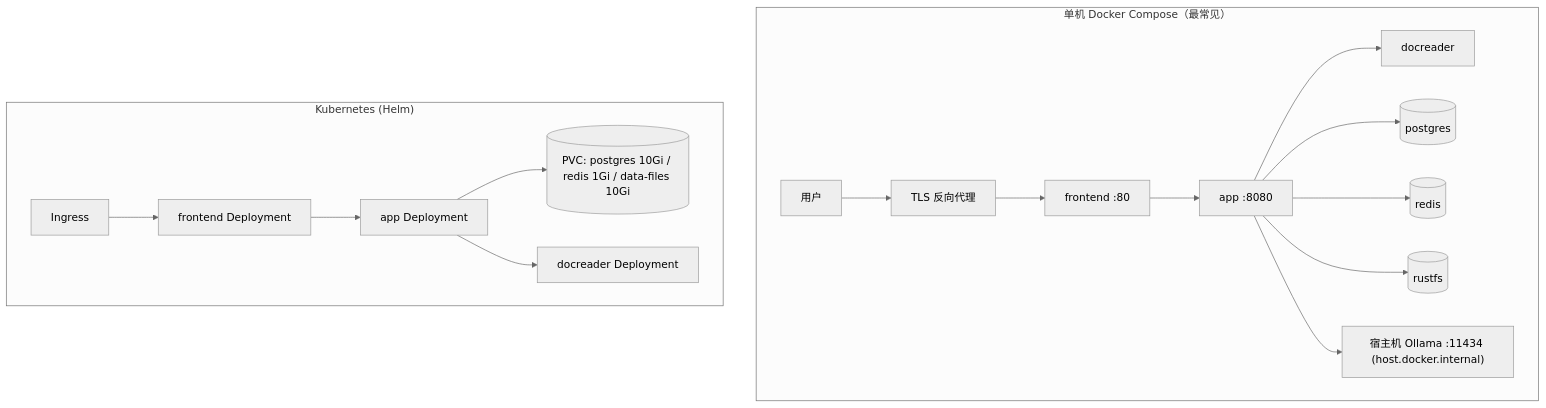
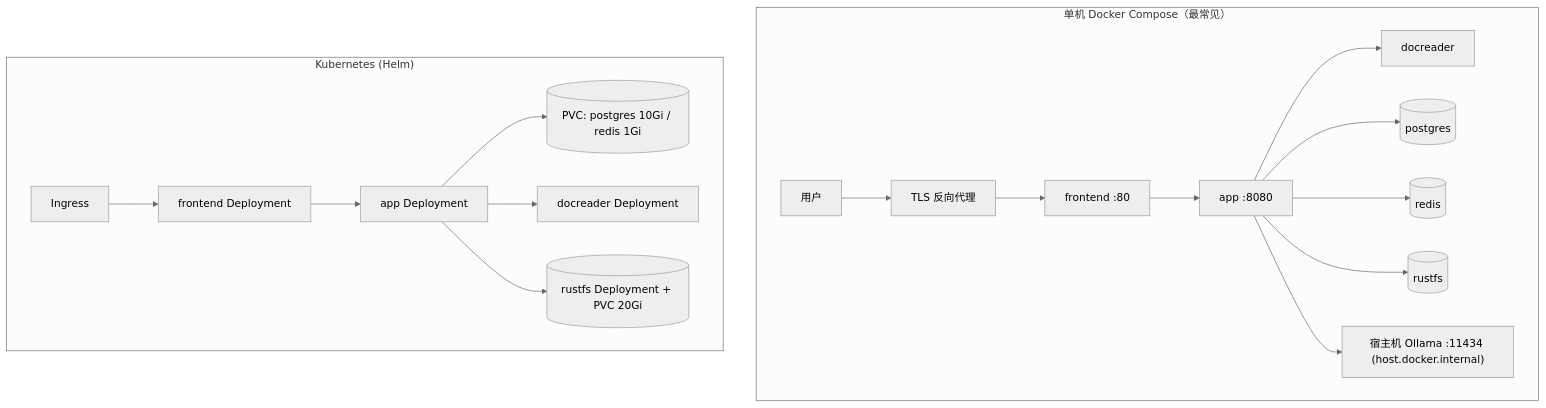
Before and after one commit to magicyuan876/Yuheng: the second of 2 diagrams in website-docs/01-getting-started/02-installation.md, drawn with Mermaid (neutral theme). The commit also changed other lines of this file and 12 other files, not shown here.

````diff
--- a/website-docs/01-getting-started/02-installation.md
+++ b/website-docs/01-getting-started/02-installation.md
@@ -341,18 +356,19 @@
 ```mermaid
 flowchart TB
     subgraph host["单机 Docker Compose（最常见）"]
         direction LR
         U1["用户"] --> TLS["TLS 反向代理"] --> N1["frontend :80"] --> A1["app :8080"]
         A1 --> D1["docreader"]
         A1 --> P1[("postgres")]
         A1 --> R1[("redis")]
         A1 --> S1[("rustfs")]
         A1 --> O1["宿主机 Ollama :11434 (host.docker.internal)"]
     end
     subgraph k8s["Kubernetes (Helm)"]
         direction LR
         ING["Ingress"] --> FE2["frontend Deployment"] --> A2["app Deployment"]
-        A2 --> PVC1[("PVC: postgres 10Gi / redis 1Gi / data-files 10Gi")]
+        A2 --> PVC1[("PVC: postgres 10Gi / redis 1Gi")]
         A2 --> D2["docreader Deployment"]
+        A2 --> S2[("rustfs Deployment + PVC 20Gi")]
     end
 ```
````
